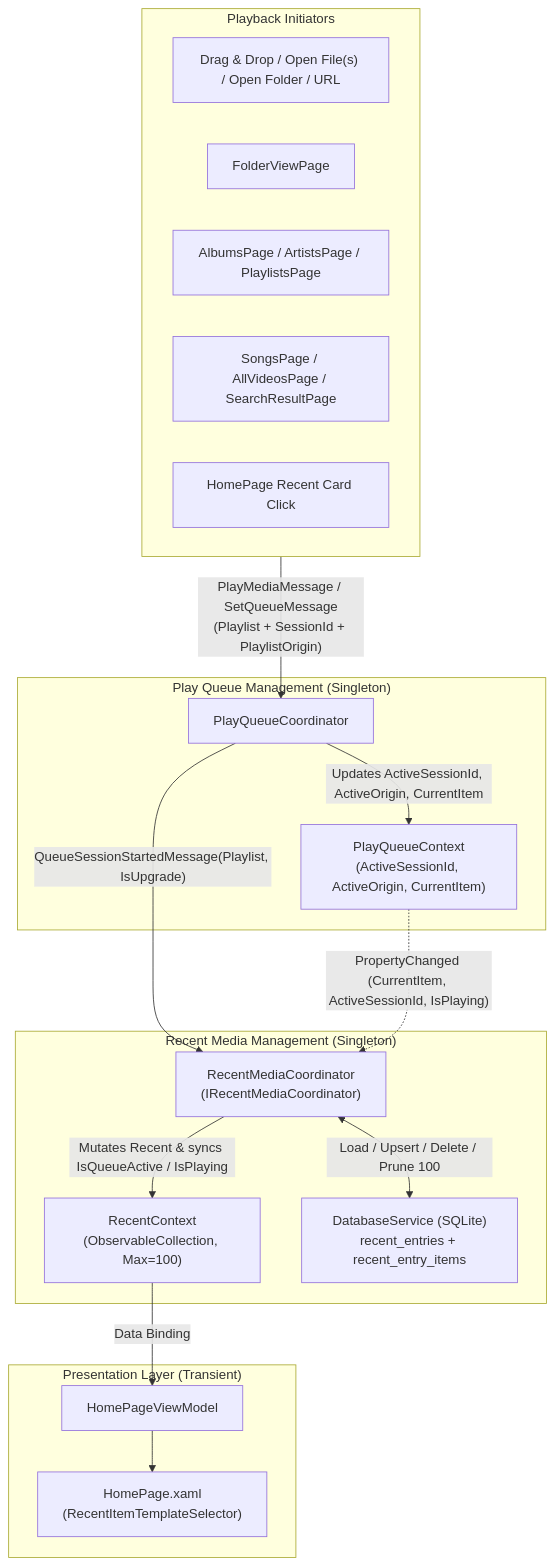
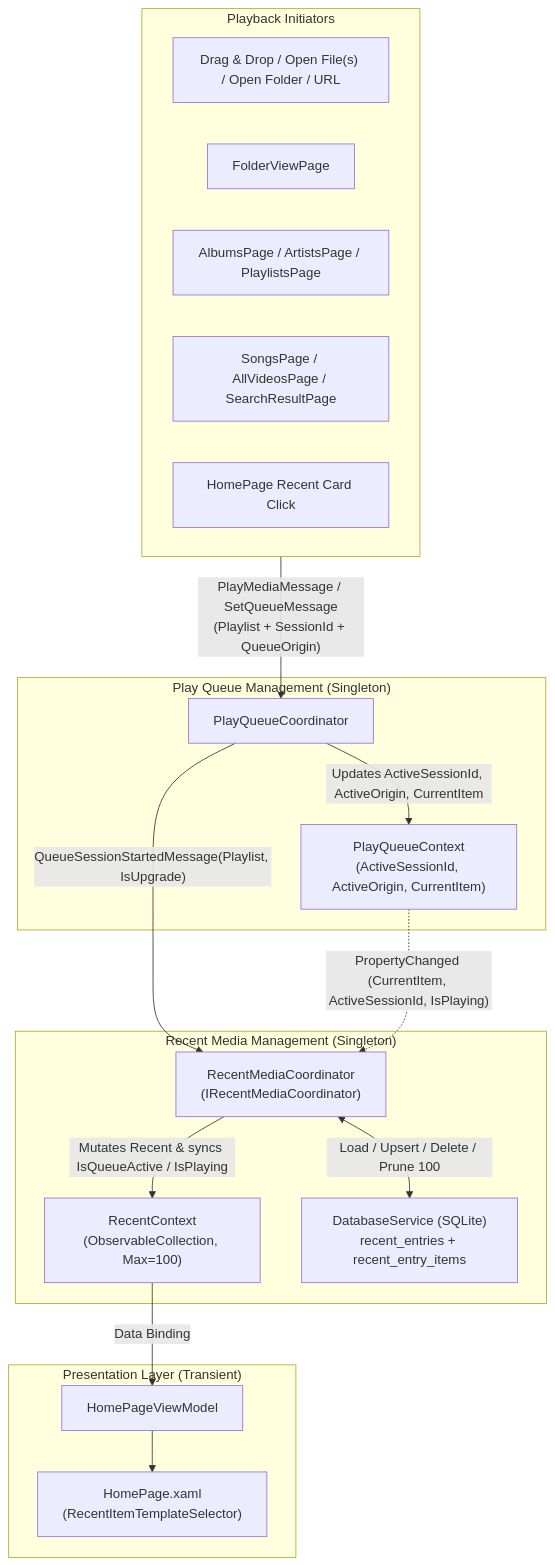
The diagram in docs/RECENT_MEDIA_TRACKING.md (huynhsontung/Screenbox), drawn with Mermaid before and after one commit. The commit also changed other lines of this file and 13 other files, not shown here.

First line of the commit message:
refactor(recent): adapt recent media tracking to QueueSession, QueueOrigin, and MediaCollection

````diff
--- a/docs/RECENT_MEDIA_TRACKING.md
+++ b/docs/RECENT_MEDIA_TRACKING.md
@@ -38,35 +38,35 @@
 ```mermaid
 flowchart TD
     subgraph PlaybackInitiators["Playback Initiators"]
         Drop["Drag & Drop / Open File(s) / Open Folder / URL"]
         FolderView["FolderViewPage"]
         Library["AlbumsPage / ArtistsPage / PlaylistsPage"]
         LibWide["SongsPage / AllVideosPage / SearchResultPage"]
         HomeCard["HomePage Recent Card Click"]
     end
 
     subgraph CoreQueue["Play Queue Management (Singleton)"]
         PQC["PlayQueueCoordinator"]
         PQContext["PlayQueueContext\n(ActiveSessionId, ActiveOrigin, CurrentItem)"]
     end
 
     subgraph RecentManagement["Recent Media Management (Singleton)"]
         RMC["RecentMediaCoordinator\n(IRecentMediaCoordinator)"]
         RContext["RecentContext\n(ObservableCollection<RecentItemViewModel>, Max=100)"]
         DB["DatabaseService (SQLite)\nrecent_entries + recent_entry_items"]
     end
 
     subgraph UI["Presentation Layer (Transient)"]
         HPVM["HomePageViewModel"]
         HP["HomePage.xaml\n(RecentItemTemplateSelector)"]
     end
 
-    PlaybackInitiators -->|"PlayMediaMessage / SetQueueMessage\n(Playlist + SessionId + PlaylistOrigin)"| PQC
+    PlaybackInitiators -->|"PlayMediaMessage / SetQueueMessage\n(Playlist + SessionId + QueueOrigin)"| PQC
     PQC -->|"Updates ActiveSessionId, ActiveOrigin, CurrentItem"| PQContext
     PQC -->|"QueueSessionStartedMessage(Playlist, IsUpgrade)"| RMC
     PQContext -.->|"PropertyChanged (CurrentItem, ActiveSessionId, IsPlaying)"| RMC
     RMC <-->|"Load / Upsert / Delete / Prune 100"| DB
     RMC -->|"Mutates Recent & syncs IsQueueActive / IsPlaying"| RContext
     RContext -->|"Data Binding"| HPVM
     HPVM --> HP
 ```
````
